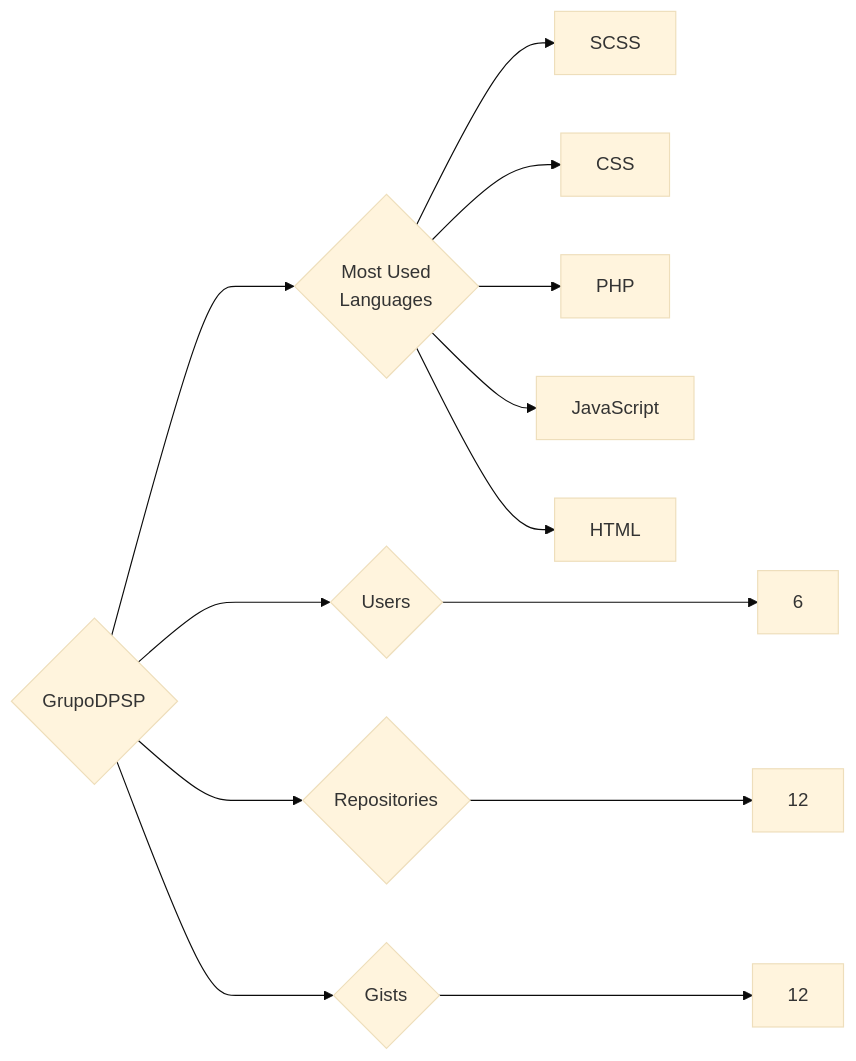
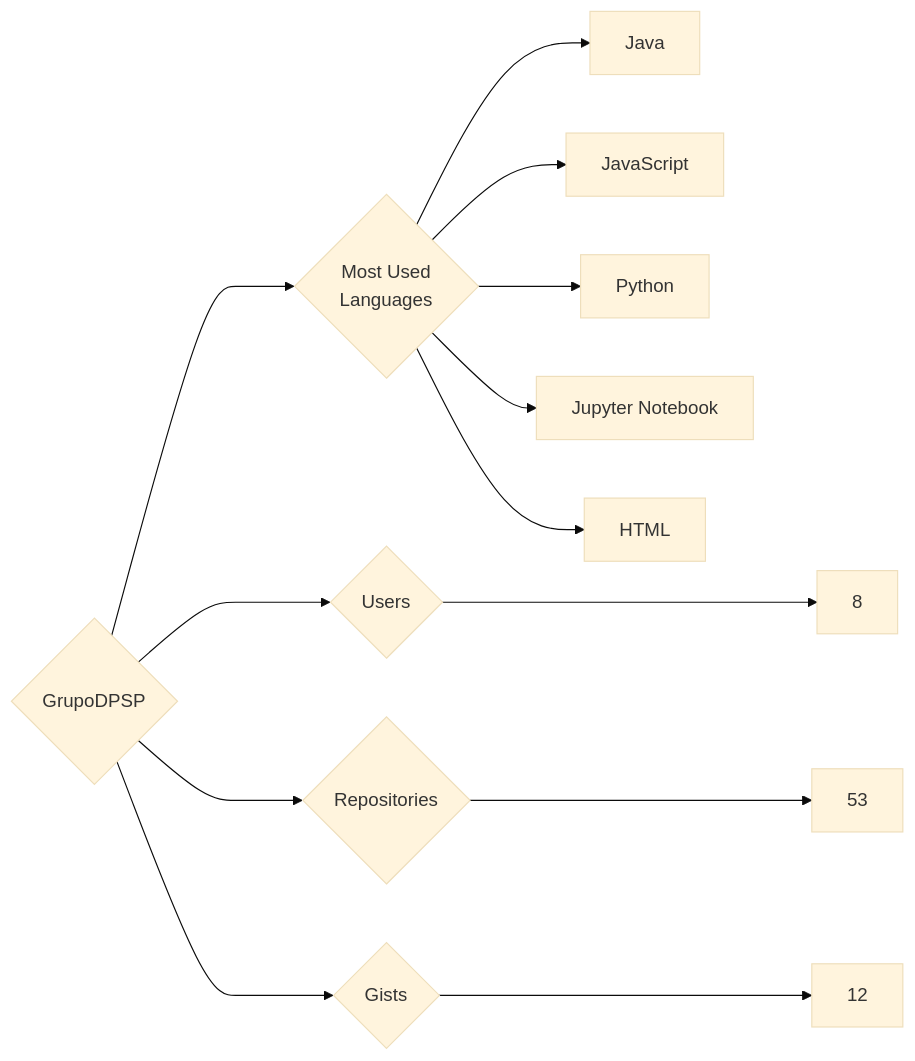
Before and after one commit to trickest/insiders: the diagram in targets/GrupoDPSP/README.md, drawn with Mermaid (base theme). The commit also changed 840 other files, not shown here.

````diff
--- a/targets/GrupoDPSP/README.md
+++ b/targets/GrupoDPSP/README.md
@@ -3,13 +3,13 @@
 ```mermaid
 graph LR
 COMPANY_NAME{GrupoDPSP}
-COMPANY_NAME ---> U{Users} ---> UN[6]
-COMPANY_NAME ---> R{Repositories} ---> RN[12]
+COMPANY_NAME ---> U{Users} ---> UN[8]
+COMPANY_NAME ---> R{Repositories} ---> RN[53]
 COMPANY_NAME ---> G{Gists} ---> GN[12]
 COMPANY_NAME ---> ML{Most Used<br>Languages}
-ML --> SCSS[SCSS]
-ML --> CSS[CSS]
-ML --> PHP[PHP]
+ML --> Java[Java]
 ML --> JavaScript[JavaScript]
+ML --> Python[Python]
+ML --> Jupyter_Notebook[Jupyter Notebook]
 ML --> HTML[HTML]
 ```
````
